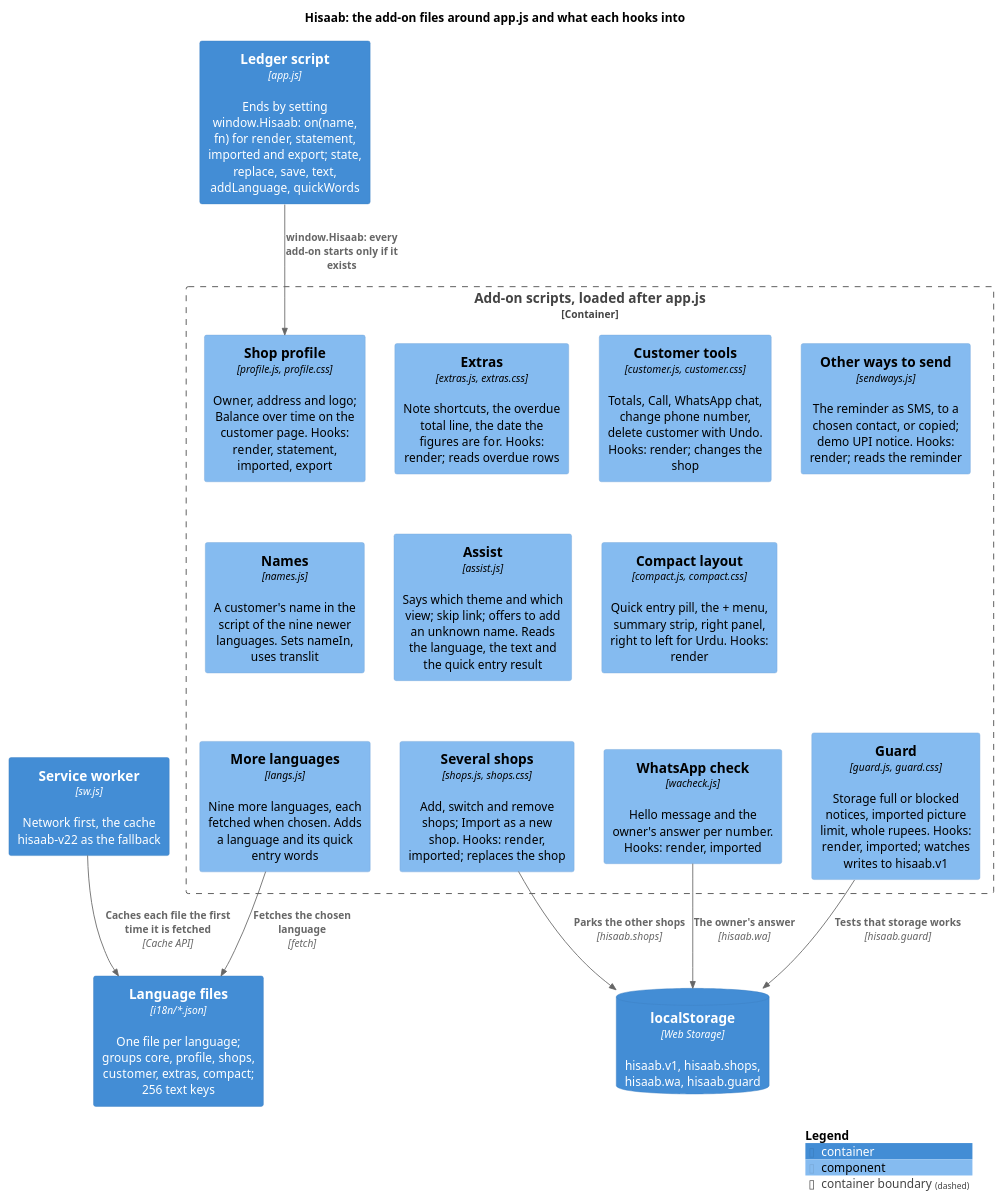
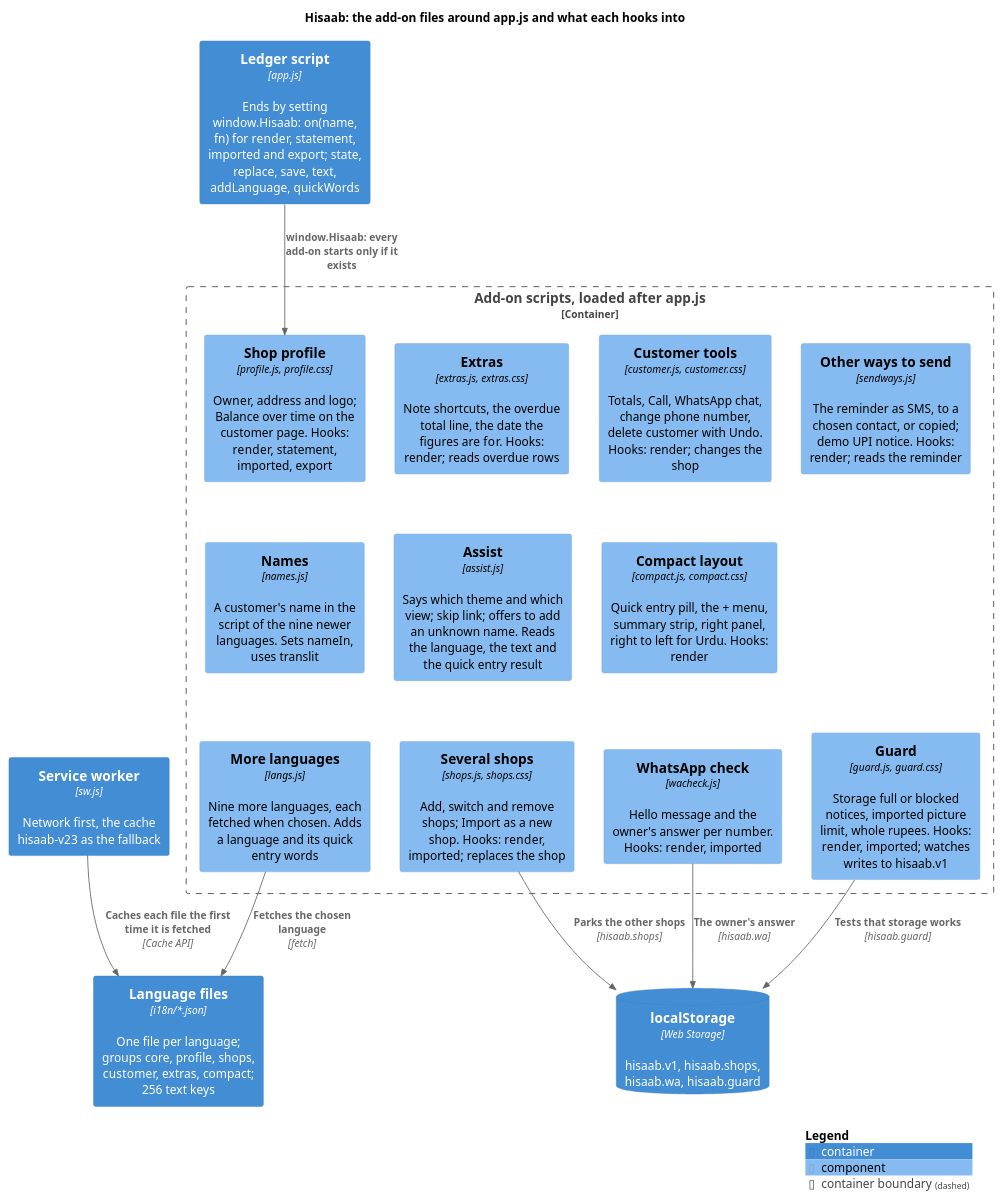
Before and after one commit to karwasanjay007/hisaab-docs: the diagram in docs/diagrams/c4-addons.puml, drawn with PlantUML. The commit also changed 25 other files, not shown here.

First line of the commit message:
Version 1.5.2.2: the wider desktop panel, cache hisaab-v23; change log; live results

```diff
--- a/docs/diagrams/c4-addons.puml
+++ b/docs/diagrams/c4-addons.puml
@@ -1,49 +1,49 @@
 @startuml c4-addons
 !include <C4/C4_Component>
 title Hisaab: the add-on files around app.js and what each hooks into
 
 skinparam wrapWidth 190
 skinparam maxMessageSize 150
 
 Container(app, "Ledger script", "app.js", "Ends by setting window.Hisaab: on(name, fn) for render, statement, imported and export; state, replace, save, text, addLanguage, quickWords")
 
 Container_Boundary(addons, "Add-on scripts, loaded after app.js") {
   Component(profile, "Shop profile", "profile.js, profile.css", "Owner, address and logo; Balance over time on the customer page. Hooks: render, statement, imported, export")
   Component(extras, "Extras", "extras.js, extras.css", "Note shortcuts, the overdue total line, the date the figures are for. Hooks: render; reads overdue rows")
   Component(customer, "Customer tools", "customer.js, customer.css", "Totals, Call, WhatsApp chat, change phone number, delete customer with Undo. Hooks: render; changes the shop")
   Component(sendways, "Other ways to send", "sendways.js", "The reminder as SMS, to a chosen contact, or copied; demo UPI notice. Hooks: render; reads the reminder")
 
   Component(names, "Names", "names.js", "A customer's name in the script of the nine newer languages. Sets nameIn, uses translit")
   Component(assist, "Assist", "assist.js", "Says which theme and which view; skip link; offers to add an unknown name. Reads the language, the text and the quick entry result")
   Component(compact, "Compact layout", "compact.js, compact.css", "Quick entry pill, the + menu, summary strip, right panel, right to left for Urdu. Hooks: render")
 
   Component(langs, "More languages", "langs.js", "Nine more languages, each fetched when chosen. Adds a language and its quick entry words")
   Component(shops, "Several shops", "shops.js, shops.css", "Add, switch and remove shops; Import as a new shop. Hooks: render, imported; replaces the shop")
   Component(wacheck, "WhatsApp check", "wacheck.js", "Hello message and the owner's answer per number. Hooks: render, imported")
   Component(guard, "Guard", "guard.js, guard.css", "Storage full or blocked notices, imported picture limit, whole rupees. Hooks: render, imported; watches writes to hisaab.v1")
 }
 
 Container(i18nfiles, "Language files", "i18n/*.json", "One file per language; groups core, profile, shops, customer, extras, compact; 256 text keys")
-Container(swc, "Service worker", "sw.js", "Network first, the cache hisaab-v22 as the fallback")
+Container(swc, "Service worker", "sw.js", "Network first, the cache hisaab-v23 as the fallback")
 ContainerDb(ls, "localStorage", "Web Storage", "hisaab.v1, hisaab.shops, hisaab.wa, hisaab.guard")
 
 Lay_R(profile, extras)
 Lay_R(extras, customer)
 Lay_R(customer, sendways)
 Lay_D(profile, names)
 Lay_R(names, assist)
 Lay_R(assist, compact)
 Lay_D(names, langs)
 Lay_R(langs, shops)
 Lay_R(shops, wacheck)
 Lay_R(wacheck, guard)
 
 Rel(app, profile, "window.Hisaab: every add-on starts only if it exists")
 Rel(langs, i18nfiles, "Fetches the chosen language", "fetch")
 Rel(swc, i18nfiles, "Caches each file the first time it is fetched", "Cache API")
 Rel(shops, ls, "Parks the other shops", "hisaab.shops")
 Rel(wacheck, ls, "The owner's answer", "hisaab.wa")
 Rel(guard, ls, "Tests that storage works", "hisaab.guard")
 
 SHOW_LEGEND()
 @enduml
```
